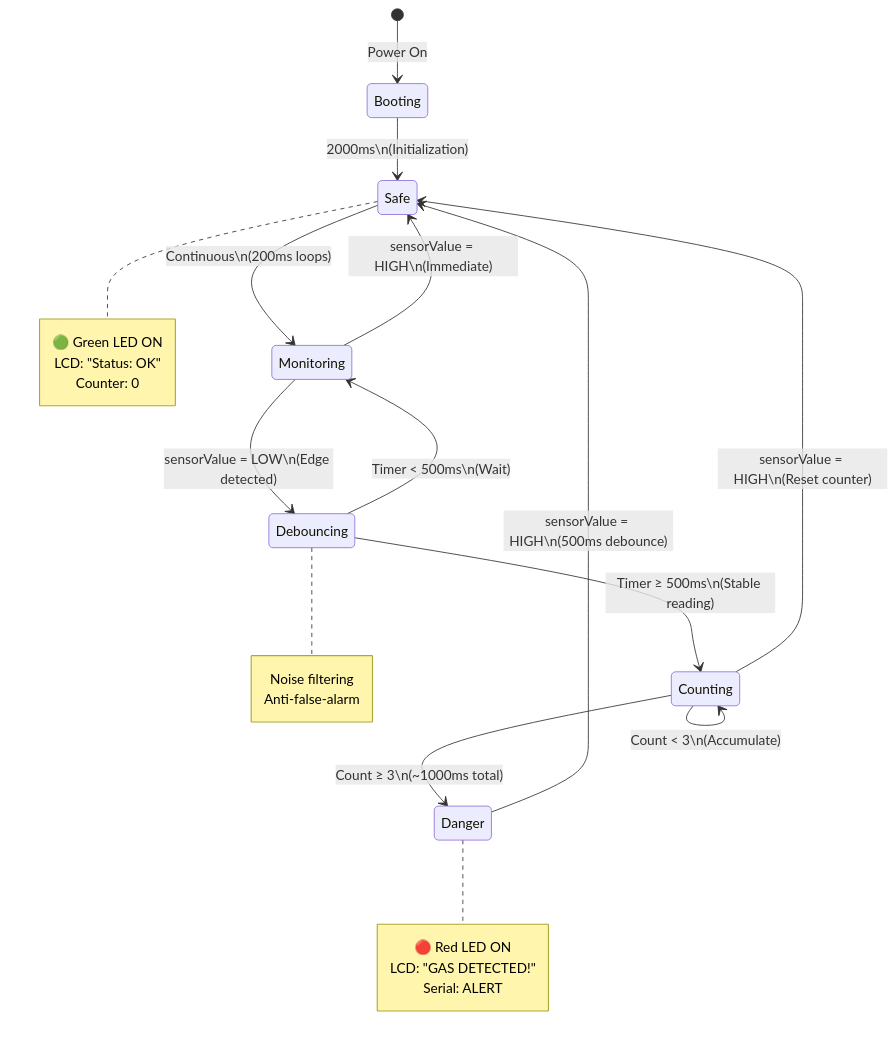
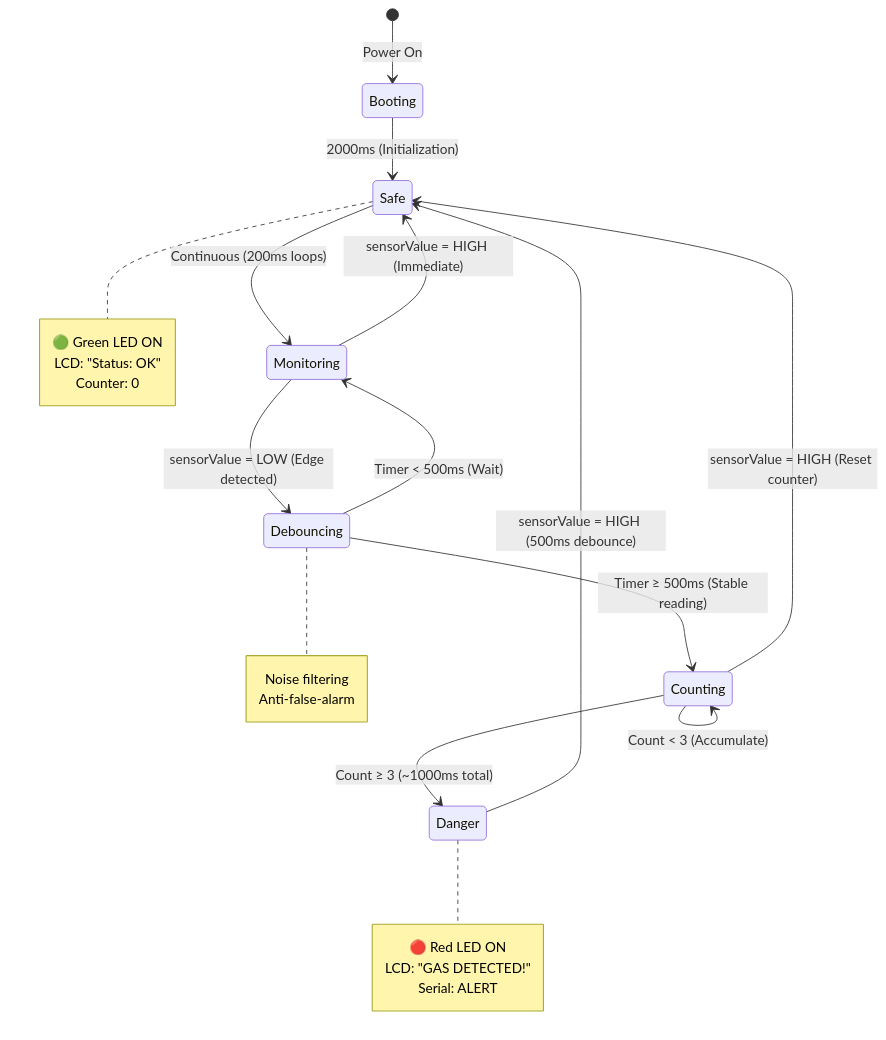
Diagram 12 of 14 in BLOCK-DIAGRAM.md (kelvinmwega/gas-leak-detection), drawn with Mermaid before and after one commit. The commit also changed other lines of this file, not shown here.

Commit message:
block diagrams updated

````diff
--- a/BLOCK-DIAGRAM.md
+++ b/BLOCK-DIAGRAM.md
@@ -480,41 +480,41 @@
 ```mermaid
 stateDiagram-v2
     [*] --> Booting: Power On
 
-    Booting --> Safe: 2000ms\n(Initialization)
+    Booting --> Safe: 2000ms (Initialization)
 
-    Safe --> Monitoring: Continuous\n(200ms loops)
+    Safe --> Monitoring: Continuous (200ms loops)
 
-    Monitoring --> Safe: sensorValue = HIGH\n(Immediate)
+    Monitoring --> Safe: sensorValue = HIGH (Immediate)
 
-    Monitoring --> Debouncing: sensorValue = LOW\n(Edge detected)
+    Monitoring --> Debouncing: sensorValue = LOW (Edge detected)
 
-    Debouncing --> Monitoring: Timer < 500ms\n(Wait)
+    Debouncing --> Monitoring: Timer < 500ms (Wait)
 
-    Debouncing --> Counting: Timer ≥ 500ms\n(Stable reading)
+    Debouncing --> Counting: Timer ≥ 500ms (Stable reading)
 
-    Counting --> Safe: sensorValue = HIGH\n(Reset counter)
+    Counting --> Safe: sensorValue = HIGH (Reset counter)
 
-    Counting --> Counting: Count < 3\n(Accumulate)
+    Counting --> Counting: Count < 3 (Accumulate)
 
-    Counting --> Danger: Count ≥ 3\n(~1000ms total)
+    Counting --> Danger: Count ≥ 3 (~1000ms total)
 
-    Danger --> Safe: sensorValue = HIGH\n(500ms debounce)
+    Danger --> Safe: sensorValue = HIGH (500ms debounce)
 
     note right of Safe
         🟢 Green LED ON
         LCD: "Status: OK"
         Counter: 0
     end note
 
     note right of Danger
         🔴 Red LED ON
         LCD: "GAS DETECTED!"
         Serial: ALERT
     end note
 
     note right of Debouncing
         Noise filtering
         Anti-false-alarm
     end note
 ```
````
